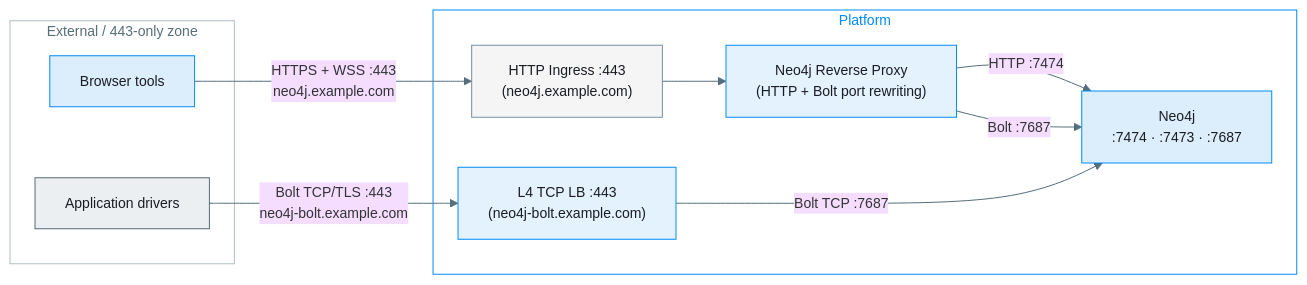
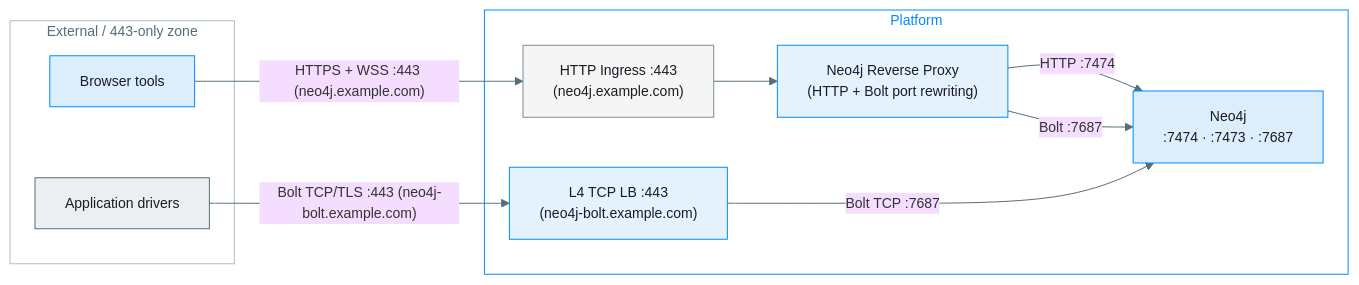
Before and after one commit to sebastien-paltrie-neo4j/neo4j-kubernetes: the third of 4 diagrams in neo4j-client-access-patterns.md, drawn with Mermaid. The commit also changed other lines of this file, not shown here.

Commit message:
CR fix on mermaid

````diff
--- a/neo4j-client-access-patterns.md
+++ b/neo4j-client-access-patterns.md
@@ -155,32 +155,32 @@
 ```mermaid
 %%{init: {'theme':'base', 'themeVariables': {'lineColor':'#546E7A','fontSize':'14px'}}}%%
 flowchart LR
     subgraph external ["External / 443‑only zone"]
         user2["Browser tools"]
         drv["Application drivers"]
     end
 
     subgraph cluster ["Platform"]
-        gw2["HTTP Ingress :443\n(neo4j.example.com)"]
-        rp3["Neo4j Reverse Proxy\n(HTTP + Bolt port rewriting)"]
-        tcp_lb["L4 TCP LB :443\n(neo4j-bolt.example.com)"]
-        neo4j_c["Neo4j\n:7474 · :7473 · :7687"]
+        gw2["HTTP Ingress :443<br/>(neo4j.example.com)"]
+        rp3["Neo4j Reverse Proxy<br/>(HTTP + Bolt port rewriting)"]
+        tcp_lb["L4 TCP LB :443<br/>(neo4j-bolt.example.com)"]
+        neo4j_c["Neo4j<br/>:7474 · :7473 · :7687"]
     end
 
-    user2 -- "HTTPS + WSS :443\nneo4j.example.com" --> gw2
+    user2 -- "HTTPS + WSS :443 (neo4j.example.com)" --> gw2
     gw2 --> rp3
     rp3 -- "HTTP :7474" --> neo4j_c
     rp3 -- "Bolt :7687" --> neo4j_c
 
-    drv -- "Bolt TCP/TLS :443\nneo4j-bolt.example.com" --> tcp_lb
+    drv -- "Bolt TCP/TLS :443 (neo4j-bolt.example.com)" --> tcp_lb
     tcp_lb -- "Bolt TCP :7687" --> neo4j_c
 
     style user2 fill:#DCEEFB,stroke:#018BFF,color:#1A1C24
     style drv fill:#ECEFF1,stroke:#546E7A,color:#1A1C24
     style gw2 fill:#F5F5F5,stroke:#78909C,color:#1A1C24
     style rp3 fill:#E3F2FD,stroke:#018BFF,color:#1A1C24
     style tcp_lb fill:#E3F2FD,stroke:#018BFF,color:#1A1C24
     style neo4j_c fill:#DCEEFB,stroke:#018BFF,color:#1A1C24
     style external fill:none,stroke:#B0BEC5,color:#546E7A
     style cluster fill:none,stroke:#018BFF,color:#018BFF
 ```
````
